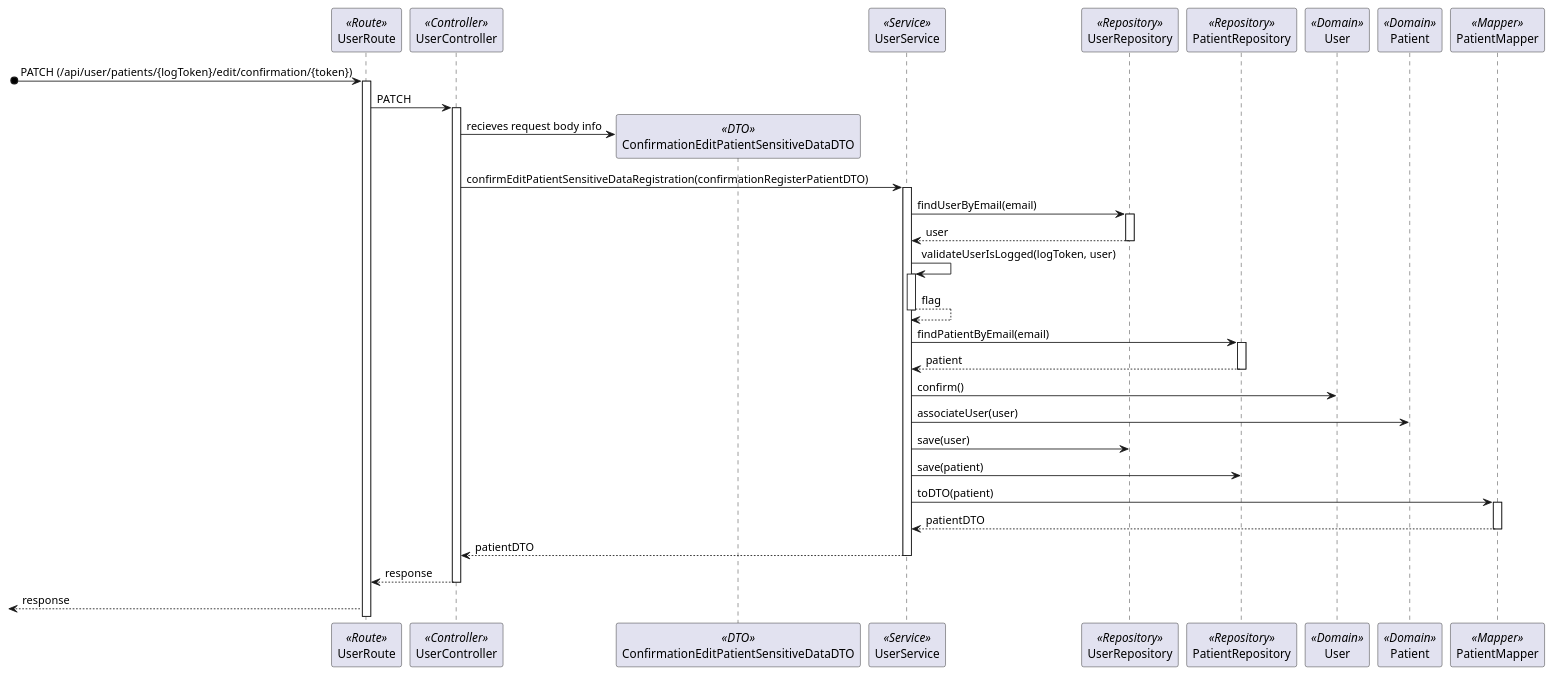
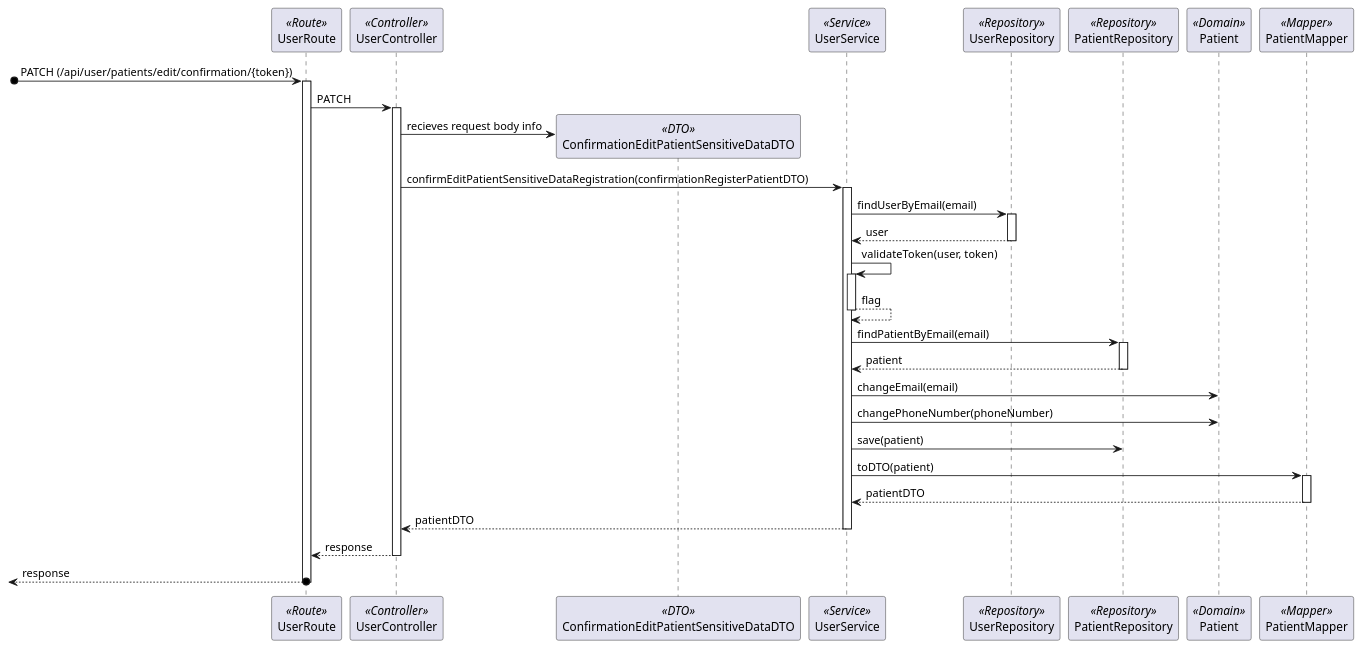
Before and after one commit to Rodrick0209/ISEP-SEM5PI-24-25: the diagram in docs/Sprint_1/US_5.1.4/L3/Process_View_Posterior_Confirmation.puml, drawn with PlantUML. The commit also changed 5 other files, not shown here.

Commit message:
US 5.1.4 Design (Level 3 Process View diagrams done)

```diff
--- a/docs/Sprint_1/US_5.1.4/L3/Process_View_Posterior_Confirmation.puml
+++ b/docs/Sprint_1/US_5.1.4/L3/Process_View_Posterior_Confirmation.puml
@@ -2,39 +2,35 @@
 @startuml Process_View_Posterior_Confirmation
 participant UserRoute as Route <<Route>>
 participant UserController as Controller <<Controller>>
 participant ConfirmationEditPatientSensitiveDataDTO as ConfirmationDTO <<DTO>>
 participant UserService as Service <<Service>>
 participant UserRepository as Repository <<Repository>>
 participant PatientRepository as PatientRepository <<Repository>> 
-participant User as Domain <<Domain>>
 participant Patient as Patient <<Domain>>
 participant PatientMapper as Mapper <<Mapper>>
-[o-> Route : PATCH (/api/user/patients/{logToken}/edit/confirmation/{token})
+[o-> Route : PATCH (/api/user/patients/edit/confirmation/{token})
 activate Route
 Route -> Controller : PATCH
 activate Controller
 Controller -> ConfirmationDTO** : recieves request body info
 Controller -> Service : confirmEditPatientSensitiveDataRegistration(confirmationRegisterPatientDTO)
 activate Service
 Service -> Repository : findUserByEmail(email)
 activate Repository
 return user
-Service -> Service : validateUserIsLogged(logToken, user)
+Service -> Service : validateToken(user, token)
 activate Service
 return flag
 Service -> PatientRepository : findPatientByEmail(email)
 activate PatientRepository
 return patient
-Service -> Domain : confirm()
-Service -> Patient : associateUser(user)
-Service -> Repository : save(user)
+Service -> Patient : changeEmail(email)
+Service -> Patient : changePhoneNumber(phoneNumber)
 Service -> PatientRepository : save(patient)
 Service -> Mapper : toDTO(patient)
 activate Mapper
+return patientDTO 
 return patientDTO
-Service --> Controller : patientDTO
-deactivate Service
-Controller --> Route : response
-deactivate Controller
-<-- Route : response
+return response
+return response
 @enduml
```
